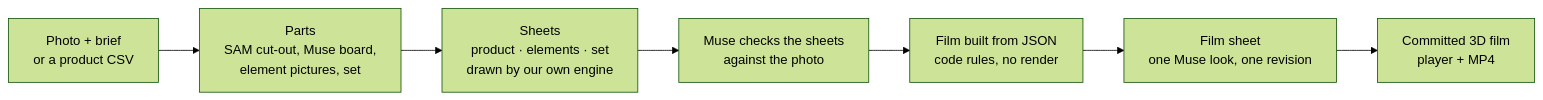
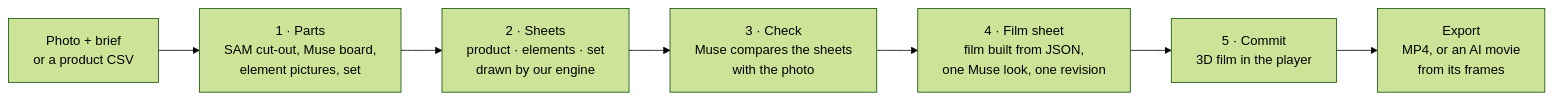
One commit to khanzzirfan/pixitween-director changed the first of 2 diagrams in README.md. Above: the diagram before and after it, drawn with Mermaid (forest theme). The commit also changed other lines of this file and 12 other files, not shown here.

````diff
--- a/README.md
+++ b/README.md
@@ -25,9 +98,9 @@
 ```mermaid
 flowchart LR
-  In["Photo + brief<br/>or a product CSV"] --> Parts["Parts<br/>SAM cut-out, Muse board,<br/>element pictures, set"]
-  Parts --> Sheets["Sheets<br/>product · elements · set<br/>drawn by our own engine"]
-  Sheets --> Check["Muse checks the sheets<br/>against the photo"]
-  Check --> Build["Film built from JSON<br/>code rules, no render"]
-  Build --> Look["Film sheet<br/>one Muse look, one revision"]
-  Look --> Commit["Committed 3D film<br/>player + MP4"]
+  In["Photo + brief<br/>or a product CSV"] --> Parts["1 · Parts<br/>SAM cut-out, Muse board,<br/>element pictures, set"]
+  Parts --> Sheets["2 · Sheets<br/>product · elements · set<br/>drawn by our engine"]
+  Sheets --> Check["3 · Check<br/>Muse compares the sheets<br/>with the photo"]
+  Check --> Look["4 · Film sheet<br/>film built from JSON,<br/>one Muse look, one revision"]
+  Look --> Commit["5 · Commit<br/>3D film in the player"]
+  Commit --> Out["Export<br/>MP4, or an AI movie<br/>from its frames"]
 ```
````
